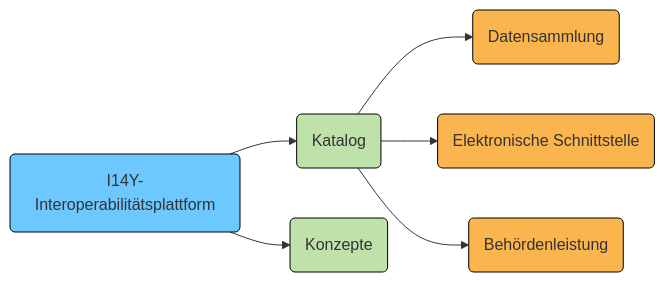
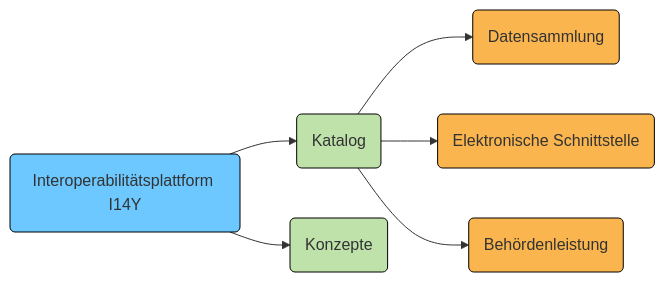
Before and after one commit to I14Y-ch/handbook: the diagram in content/de/publikation/_index.md, drawn with Mermaid. The commit also changed other lines of this file and 49 other files, not shown here.

````diff
--- a/content/de/publikation/_index.md
+++ b/content/de/publikation/_index.md
@@ -14,36 +14,36 @@
 ```mermaid
 flowchart LR
-    i14y(I14Y-Interoperabilitätsplattform)
+    i14y(Interoperabilitätsplattform I14Y)
     catalog(Katalog)
     dataset(Datensammlung)
     dataservice(Elektronische Schnittstelle)
     publicservice(Behördenleistung)
     concepts(Konzepte)
 
 
     i14y-->catalog
     i14y-->concepts
     
     catalog-->dataset
     catalog-->dataservice
     catalog-->publicservice
 
     
 style i14y fill:#6CC8FF
 style i14y stroke:black
 
 style catalog fill:#Bfe2ab
 style catalog stroke:black
 
 style dataset fill:#Fbb54e
 style dataset stroke:black
 
 style dataservice fill:#Fbb54e
 style dataservice stroke:black
 
 style publicservice fill:#Fbb54e
 style publicservice stroke:black
 
 style concepts fill:#Bfe2ab
 style concepts stroke:black
 ```
````
